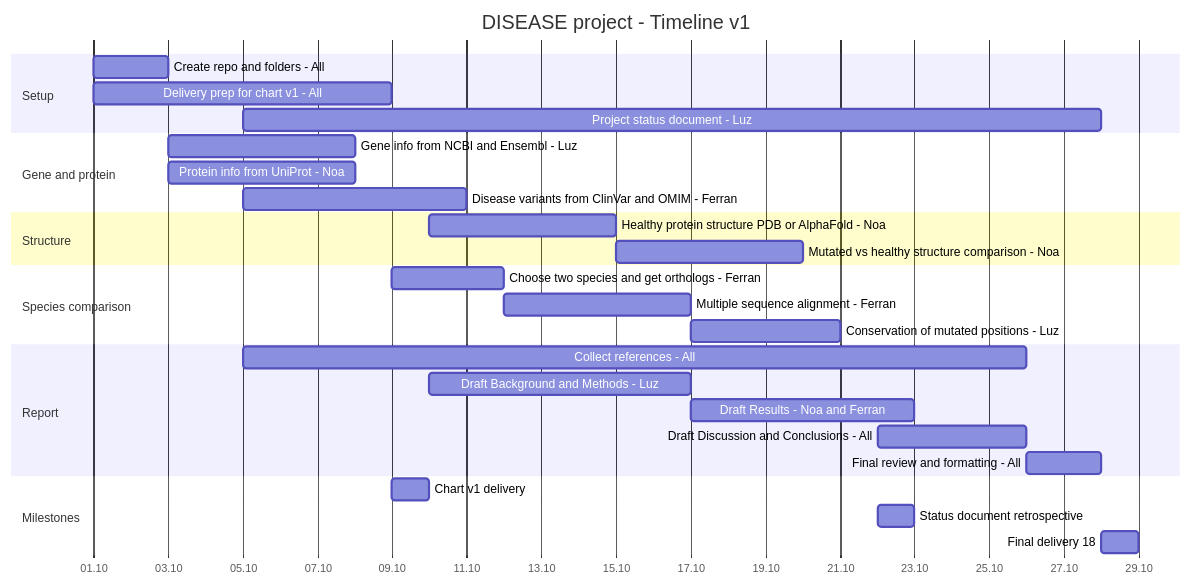
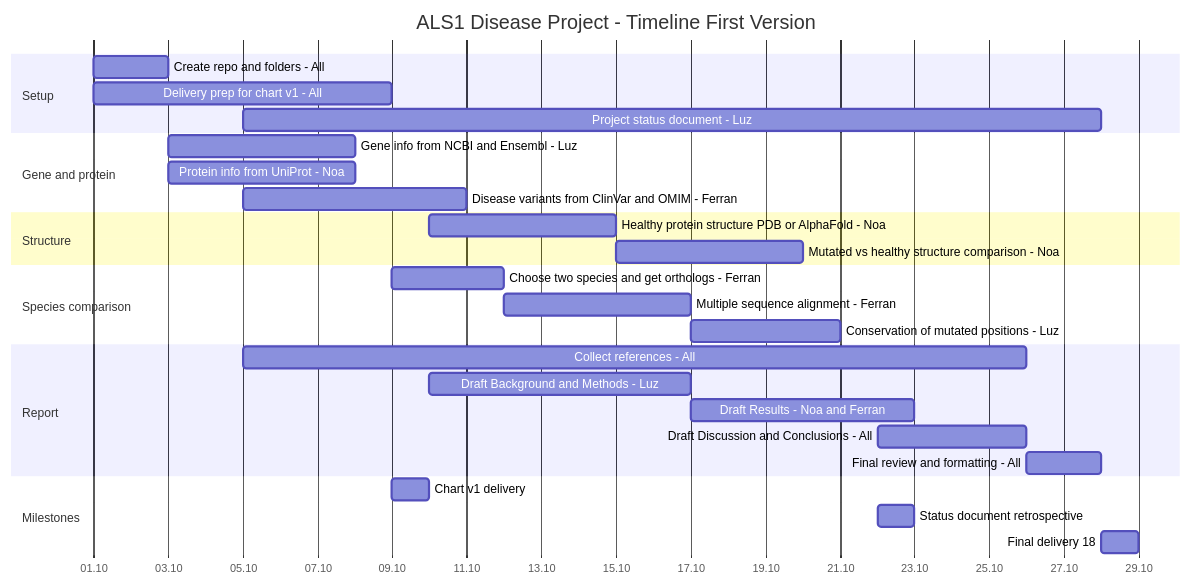
Before and after one commit to Ferran118/12DP-D_ALS1_IB_2026: the diagram in gantt/ganttchart_timeline.md, drawn with Mermaid.

Commit message:
Update Gantt chart title for ALS1 Disease Project

````diff
--- a/gantt/ganttchart_timeline.md
+++ b/gantt/ganttchart_timeline.md
@@ -3,37 +3,37 @@
 ```mermaid
 gantt
-    title DISEASE project - Timeline v1
+    title ALS1 Disease Project - Timeline First Version 
     dateFormat YYYY-MM-DD
     axisFormat %d.%m
 
     section Setup
     Create repo and folders - All                      :s1, 2026-10-01, 2d
     Delivery prep for chart v1 - All                   :s2, 2026-10-01, 2026-10-09
     Project status document - Luz                      :s3, 2026-10-05, 2026-10-28
 
     section Gene and protein
     Gene info from NCBI and Ensembl - Luz              :g1, 2026-10-03, 5d
     Protein info from UniProt - Noa                    :g2, 2026-10-03, 5d
     Disease variants from ClinVar and OMIM - Ferran    :g3, 2026-10-05, 6d
 
     section Structure
     Healthy protein structure PDB or AlphaFold - Noa   :t1, 2026-10-10, 5d
     Mutated vs healthy structure comparison - Noa      :t2, 2026-10-15, 5d
 
     section Species comparison
     Choose two species and get orthologs - Ferran      :c1, 2026-10-09, 3d
     Multiple sequence alignment - Ferran               :c2, 2026-10-12, 5d
     Conservation of mutated positions - Luz            :c3, 2026-10-17, 4d
 
     section Report
     Collect references - All                           :r0, 2026-10-05, 2026-10-26
     Draft Background and Methods - Luz                 :r1, 2026-10-10, 7d
     Draft Results - Noa and Ferran                     :r2, 2026-10-17, 6d
     Draft Discussion and Conclusions - All             :r3, 2026-10-22, 4d
     Final review and formatting - All                  :r4, 2026-10-26, 2026-10-28
 
     section Milestones
     Chart v1 delivery                                  :m1, 2026-10-09, 1d
     Status document retrospective                      :m2, 2026-10-22, 1d
     Final delivery 18:00                               :m3, 2026-10-28, 1d
 ```
````
